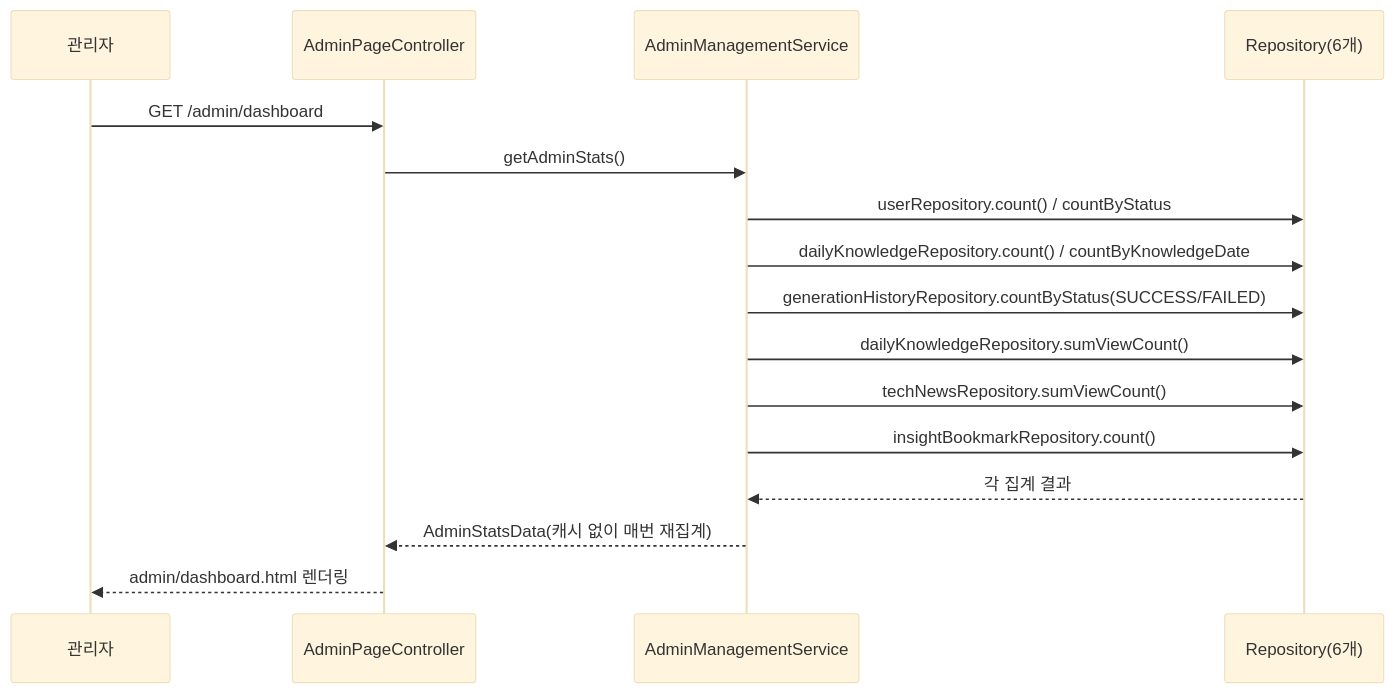
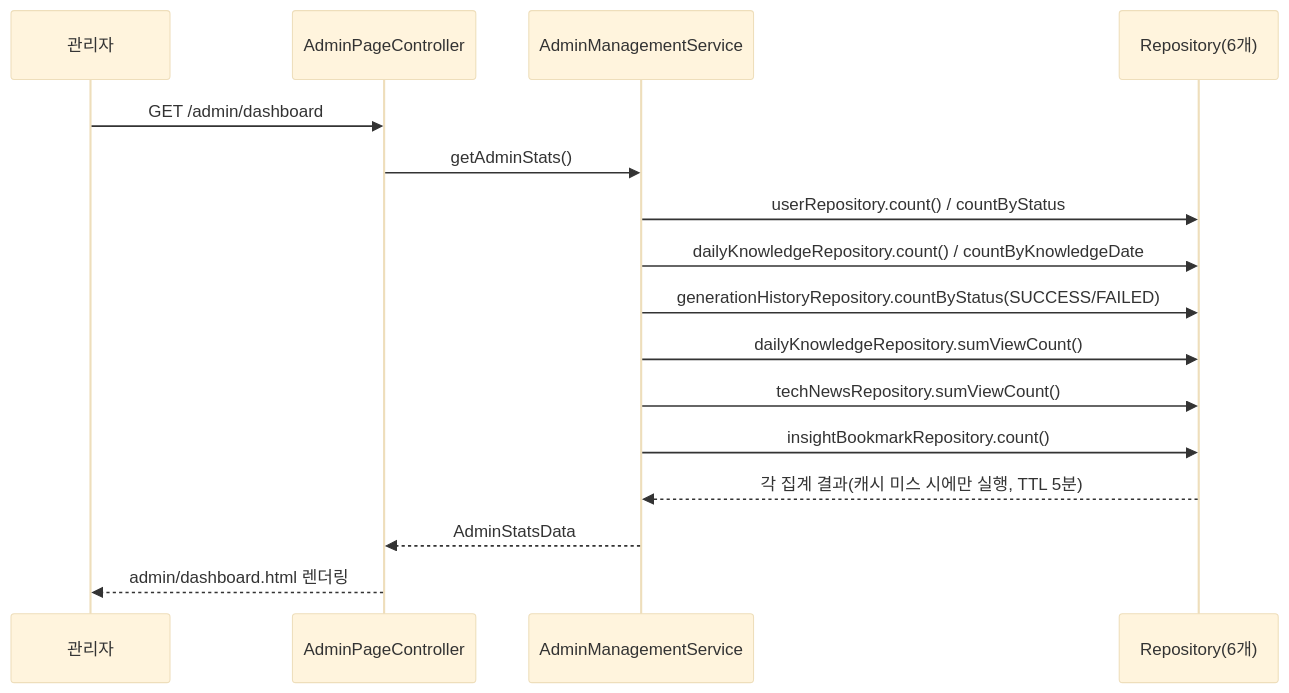
One commit to cjy-code/Daily-Dev-Insight changed the diagram in docs/02-design/features/admin-dashboard.md. Above: the diagram before and after it, drawn with Mermaid (base theme). The commit also changed other lines of this file and 11 other files, not shown here.

````diff
--- a/docs/02-design/features/admin-dashboard.md
+++ b/docs/02-design/features/admin-dashboard.md
@@ -30,19 +30,19 @@
 ```mermaid
 sequenceDiagram
     participant U as 관리자
     participant C as AdminPageController
     participant S as AdminManagementService
     participant DB as Repository(6개)
 
     U->>C: GET /admin/dashboard
     C->>S: getAdminStats()
     S->>DB: userRepository.count() / countByStatus
     S->>DB: dailyKnowledgeRepository.count() / countByKnowledgeDate
     S->>DB: generationHistoryRepository.countByStatus(SUCCESS/FAILED)
     S->>DB: dailyKnowledgeRepository.sumViewCount()
     S->>DB: techNewsRepository.sumViewCount()
     S->>DB: insightBookmarkRepository.count()
-    DB-->>S: 각 집계 결과
-    S-->>C: AdminStatsData(캐시 없이 매번 재집계)
+    DB-->>S: 각 집계 결과(캐시 미스 시에만 실행, TTL 5분)
+    S-->>C: AdminStatsData
     C-->>U: admin/dashboard.html 렌더링
 ```
````
